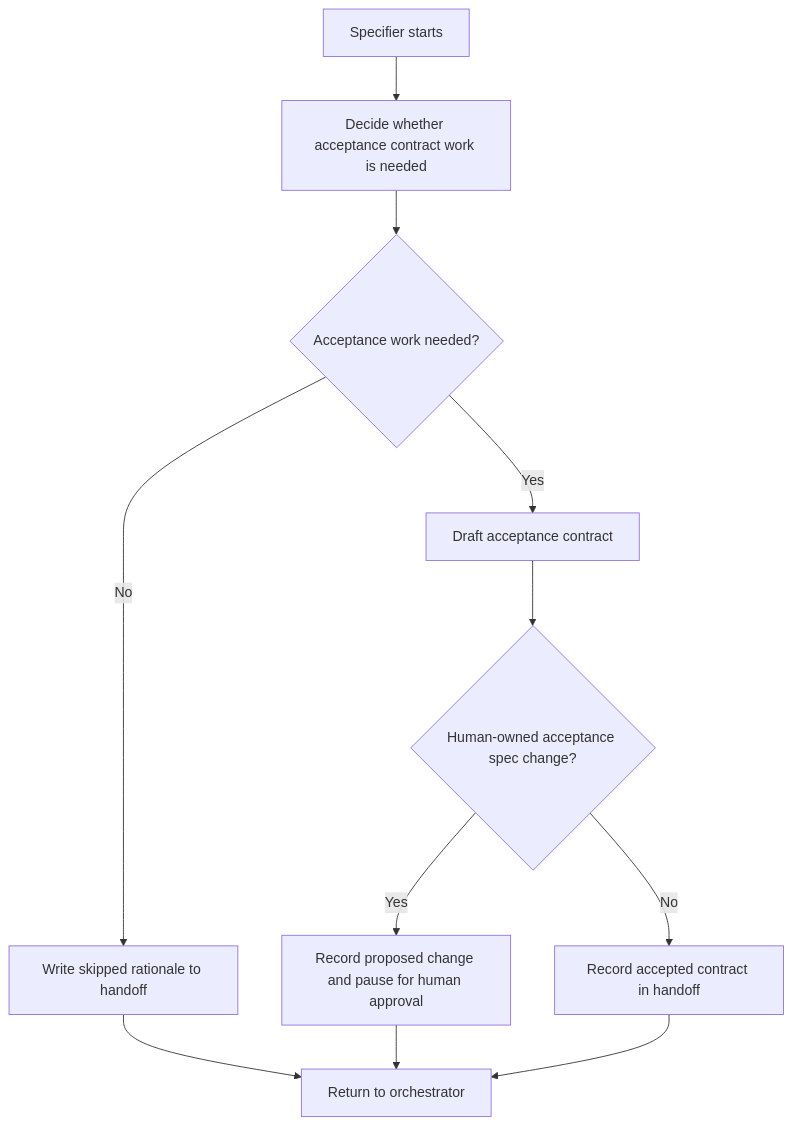
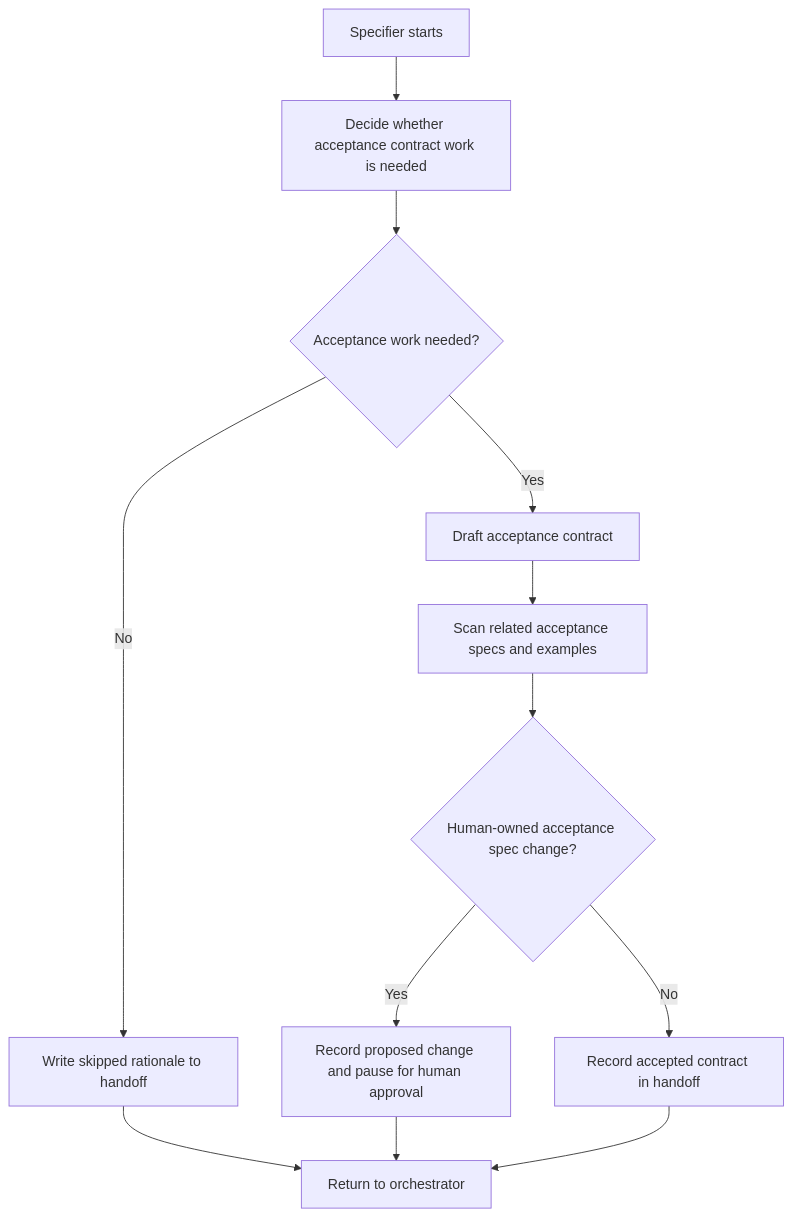
Before and after one commit to joesobo/CodeGraphyV4: the diagram in docs/agents/loops/specifier.md, drawn with Mermaid. The commit also changed other lines of this file and 5 other files, not shown here.

````diff
--- a/docs/agents/loops/specifier.md
+++ b/docs/agents/loops/specifier.md
@@ -36,13 +41,14 @@
 ```mermaid
 flowchart TD
     Start["Specifier starts"] --> Need["Decide whether acceptance contract work is needed"]
     Need --> Skip{"Acceptance work needed?"}
     Skip -->|No| LogSkip["Write skipped rationale to handoff"]
     LogSkip --> Done["Return to orchestrator"]
     Skip -->|Yes| Draft["Draft acceptance contract"]
-    Draft --> Human{"Human-owned acceptance spec change?"}
+    Draft --> Impact["Scan related acceptance specs and examples"]
+    Impact --> Human{"Human-owned acceptance spec change?"}
     Human -->|Yes| Pause["Record proposed change and pause for human approval"]
     Pause --> Done
     Human -->|No| Record["Record accepted contract in handoff"]
     Record --> Done
 ```
````
